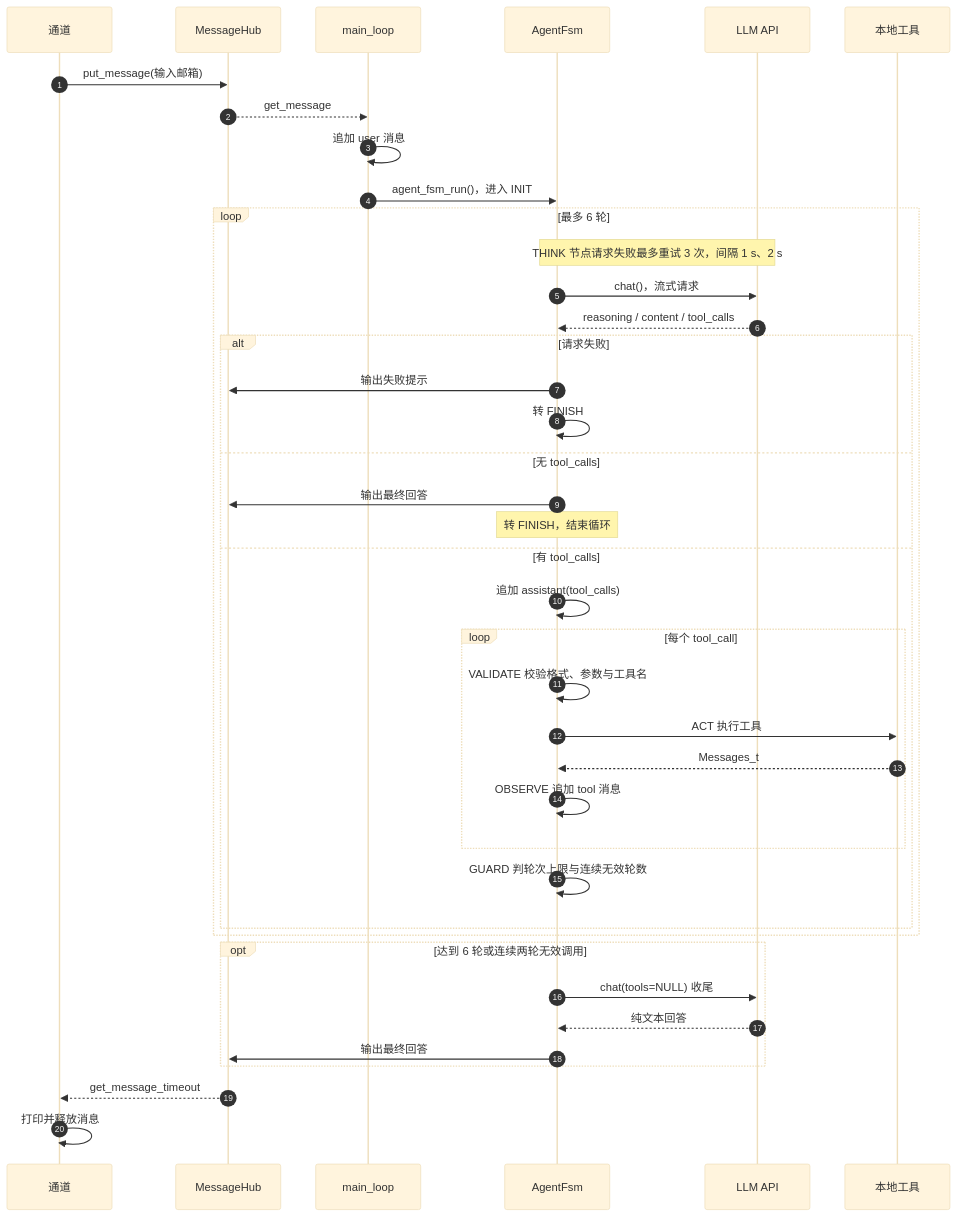
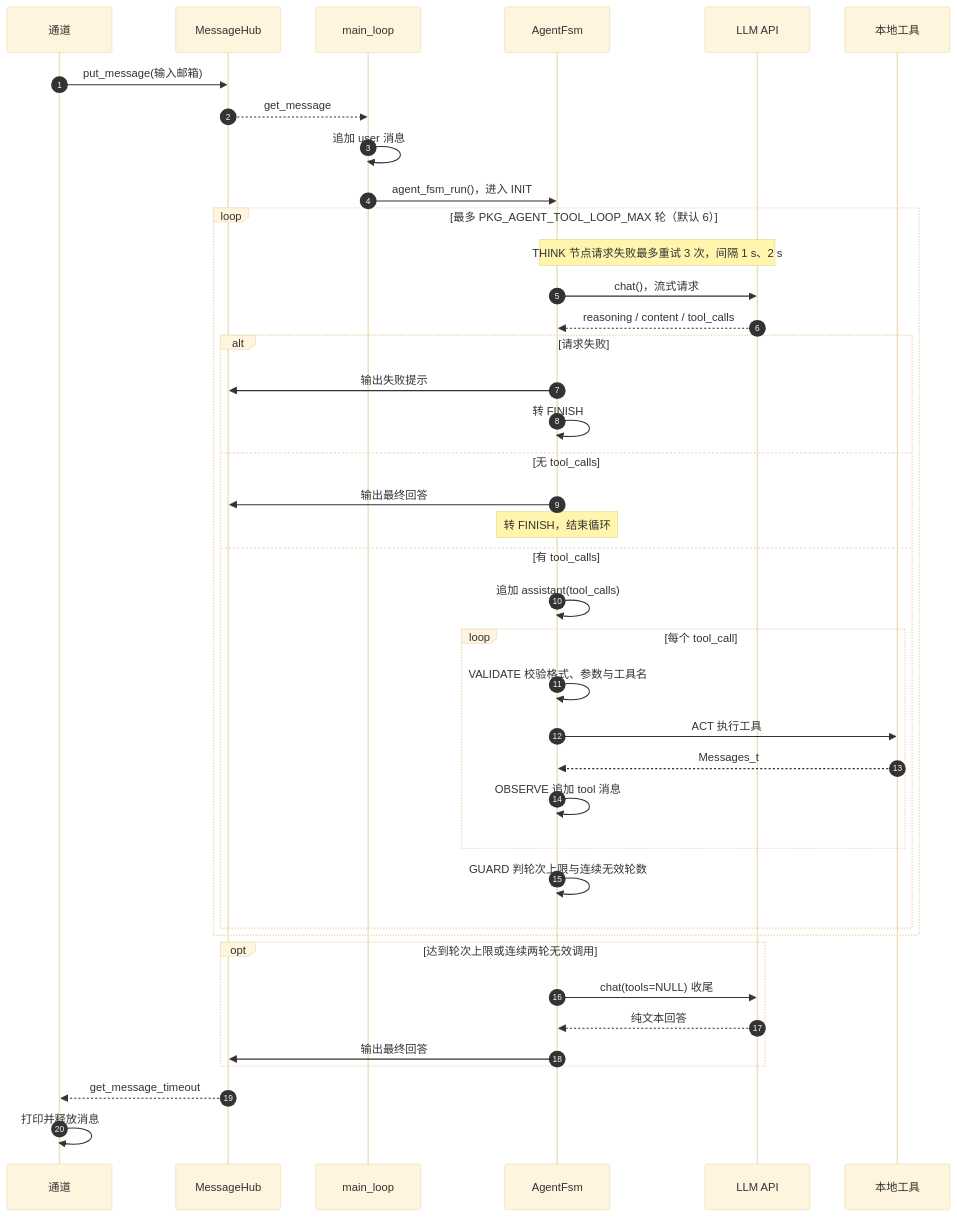
One commit to CXSforHPU/Agent changed the first of 2 diagrams in docs/framework.md. Above: the diagram before and after it, drawn with Mermaid (base theme). The commit also changed other lines of this file and 5 other files, not shown here.

````diff
--- a/docs/framework.md
+++ b/docs/framework.md
@@ -383,47 +383,47 @@
 ```mermaid
 sequenceDiagram
     autonumber
     participant CH as 通道
     participant MB as MessageHub
     participant ML as main_loop
     participant FSM as AgentFsm
     participant LLM as LLM API
     participant TL as 本地工具
 
     CH->>MB: put_message(输入邮箱)
     MB-->>ML: get_message
     ML->>ML: 追加 user 消息
     ML->>FSM: agent_fsm_run()，进入 INIT
 
-    loop 最多 6 轮
+    loop 最多 PKG_AGENT_TOOL_LOOP_MAX 轮（默认 6）
         Note over FSM,LLM: THINK 节点请求失败最多重试 3 次，间隔 1 s、2 s
         FSM->>LLM: chat()，流式请求
         LLM-->>FSM: reasoning / content / tool_calls
 
         alt 请求失败
             FSM->>MB: 输出失败提示
             FSM->>FSM: 转 FINISH
         else 无 tool_calls
             FSM->>MB: 输出最终回答
             Note over FSM: 转 FINISH，结束循环
         else 有 tool_calls
             FSM->>FSM: 追加 assistant(tool_calls)
             loop 每个 tool_call
                 FSM->>FSM: VALIDATE 校验格式、参数与工具名
                 FSM->>TL: ACT 执行工具
                 TL-->>FSM: Messages_t
                 FSM->>FSM: OBSERVE 追加 tool 消息
             end
             FSM->>FSM: GUARD 判轮次上限与连续无效轮数
         end
     end
 
-    opt 达到 6 轮或连续两轮无效调用
+    opt 达到轮次上限或连续两轮无效调用
         FSM->>LLM: chat(tools=NULL) 收尾
         LLM-->>FSM: 纯文本回答
         FSM->>MB: 输出最终回答
     end
 
     MB-->>CH: get_message_timeout
     CH->>CH: 打印并释放消息
 ```
````
